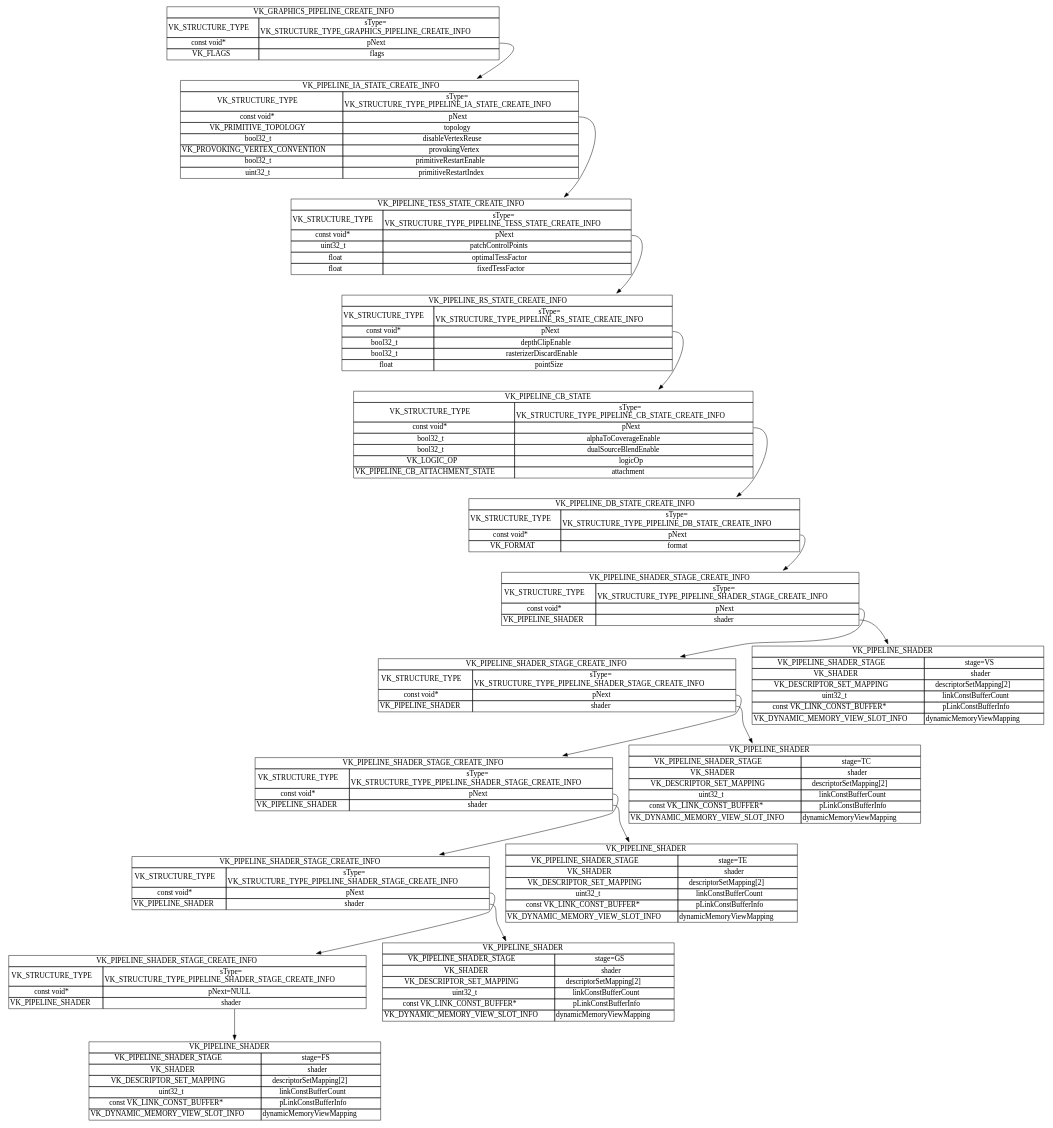
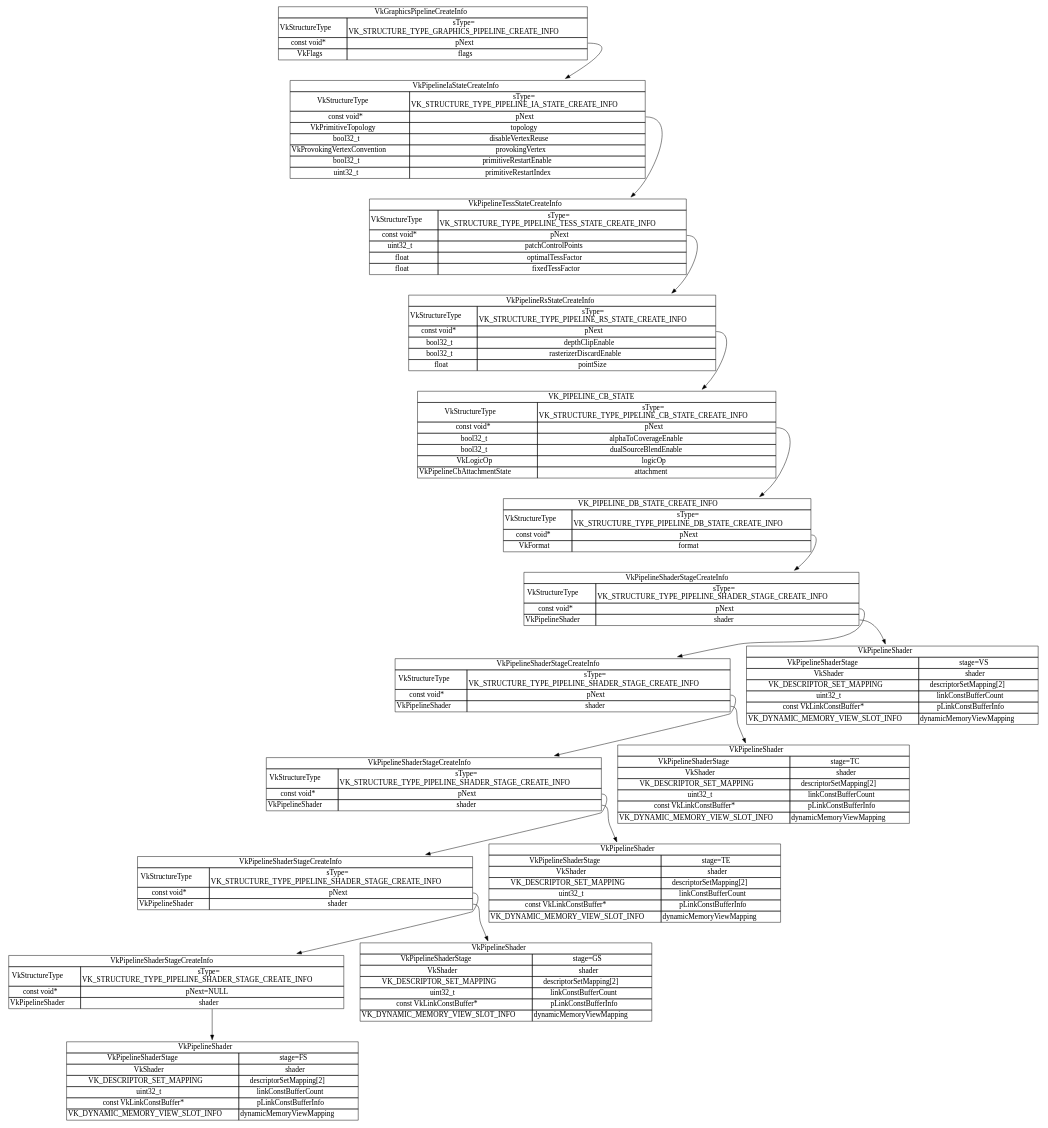
One commit to LunarG/VulkanSamples changed the diagram in docs/vk_graphics_pipeline.dot. Above: the diagram before and after it, drawn with Graphviz. The commit also changed 110 other files, not shown here.

```diff
--- a/docs/vk_graphics_pipeline.dot
+++ b/docs/vk_graphics_pipeline.dot
@@ -8,67 +8,67 @@
 ];
 edge [
 ];
-"_VK_GRAPHICS_PIPELINE_CREATE_INFO" [
-label = <<TABLE BORDER="0" CELLBORDER="1" CELLSPACING="0"> <TR><TD COLSPAN="2" PORT="f0">VK_GRAPHICS_PIPELINE_CREATE_INFO</TD></TR><TR><TD>VK_STRUCTURE_TYPE</TD><TD>sType=<BR/>VK_STRUCTURE_TYPE_GRAPHICS_PIPELINE_CREATE_INFO</TD></TR><TR><TD>const void*</TD><TD PORT="f2">pNext</TD></TR><TR><TD>VK_FLAGS</TD><TD>flags</TD></TR></TABLE>>
+"VkGraphicsPipelineCreateInfo_" [
+label = <<TABLE BORDER="0" CELLBORDER="1" CELLSPACING="0"> <TR><TD COLSPAN="2" PORT="f0">VkGraphicsPipelineCreateInfo</TD></TR><TR><TD>VkStructureType</TD><TD>sType=<BR/>VK_STRUCTURE_TYPE_GRAPHICS_PIPELINE_CREATE_INFO</TD></TR><TR><TD>const void*</TD><TD PORT="f2">pNext</TD></TR><TR><TD>VkFlags</TD><TD>flags</TD></TR></TABLE>>
 ];
-"_VK_PIPELINE_IA_STATE_CREATE_INFO" [
-label = <<TABLE BORDER="0" CELLBORDER="1" CELLSPACING="0"> <TR><TD COLSPAN="2" PORT="f0">VK_PIPELINE_IA_STATE_CREATE_INFO</TD></TR><TR><TD>VK_STRUCTURE_TYPE</TD><TD>sType=<BR/>VK_STRUCTURE_TYPE_PIPELINE_IA_STATE_CREATE_INFO</TD></TR><TR><TD>const void*</TD><TD PORT="f2">pNext</TD></TR><TR><TD>VK_PRIMITIVE_TOPOLOGY</TD><TD>topology</TD></TR><TR><TD>bool32_t</TD><TD>disableVertexReuse</TD></TR><TR><TD>VK_PROVOKING_VERTEX_CONVENTION</TD><TD>provokingVertex</TD></TR><TR><TD>bool32_t</TD><TD>primitiveRestartEnable</TD></TR><TR><TD>uint32_t</TD><TD>primitiveRestartIndex</TD></TR></TABLE>>
+"VkPipelineIaStateCreateInfo_" [
+label = <<TABLE BORDER="0" CELLBORDER="1" CELLSPACING="0"> <TR><TD COLSPAN="2" PORT="f0">VkPipelineIaStateCreateInfo</TD></TR><TR><TD>VkStructureType</TD><TD>sType=<BR/>VK_STRUCTURE_TYPE_PIPELINE_IA_STATE_CREATE_INFO</TD></TR><TR><TD>const void*</TD><TD PORT="f2">pNext</TD></TR><TR><TD>VkPrimitiveTopology</TD><TD>topology</TD></TR><TR><TD>bool32_t</TD><TD>disableVertexReuse</TD></TR><TR><TD>VkProvokingVertexConvention</TD><TD>provokingVertex</TD></TR><TR><TD>bool32_t</TD><TD>primitiveRestartEnable</TD></TR><TR><TD>uint32_t</TD><TD>primitiveRestartIndex</TD></TR></TABLE>>
 ];
-"_VK_PIPELINE_TESS_STATE_CREATE_INFO" [
-label = <<TABLE BORDER="0" CELLBORDER="1" CELLSPACING="0"> <TR><TD COLSPAN="2" PORT="f0">VK_PIPELINE_TESS_STATE_CREATE_INFO</TD></TR><TR><TD>VK_STRUCTURE_TYPE</TD><TD>sType=<BR/>VK_STRUCTURE_TYPE_PIPELINE_TESS_STATE_CREATE_INFO</TD></TR><TR><TD>const void*</TD><TD PORT="f2">pNext</TD></TR><TR><TD>uint32_t</TD><TD>patchControlPoints</TD></TR> <TR><TD>float</TD><TD>optimalTessFactor</TD></TR><TR><TD>float</TD><TD>fixedTessFactor</TD></TR></TABLE>>
+"VkPipelineTessStateCreateInfo_" [
+label = <<TABLE BORDER="0" CELLBORDER="1" CELLSPACING="0"> <TR><TD COLSPAN="2" PORT="f0">VkPipelineTessStateCreateInfo</TD></TR><TR><TD>VkStructureType</TD><TD>sType=<BR/>VK_STRUCTURE_TYPE_PIPELINE_TESS_STATE_CREATE_INFO</TD></TR><TR><TD>const void*</TD><TD PORT="f2">pNext</TD></TR><TR><TD>uint32_t</TD><TD>patchControlPoints</TD></TR> <TR><TD>float</TD><TD>optimalTessFactor</TD></TR><TR><TD>float</TD><TD>fixedTessFactor</TD></TR></TABLE>>
 ];
-"_VK_PIPELINE_RS_STATE_CREATE_INFO" [
-label = <<TABLE BORDER="0" CELLBORDER="1" CELLSPACING="0"> <TR><TD COLSPAN="2" PORT="f0">VK_PIPELINE_RS_STATE_CREATE_INFO</TD></TR><TR><TD>VK_STRUCTURE_TYPE</TD><TD>sType=<BR/>VK_STRUCTURE_TYPE_PIPELINE_RS_STATE_CREATE_INFO</TD></TR> <TR><TD>const void*</TD><TD PORT="f2">pNext</TD></TR> <TR><TD>bool32_t</TD><TD>depthClipEnable</TD></TR> <TR><TD>bool32_t</TD><TD>rasterizerDiscardEnable</TD></TR> <TR><TD>float</TD><TD>pointSize</TD></TR> </TABLE>>
+"VkPipelineRsStateCreateInfo_" [
+label = <<TABLE BORDER="0" CELLBORDER="1" CELLSPACING="0"> <TR><TD COLSPAN="2" PORT="f0">VkPipelineRsStateCreateInfo</TD></TR><TR><TD>VkStructureType</TD><TD>sType=<BR/>VK_STRUCTURE_TYPE_PIPELINE_RS_STATE_CREATE_INFO</TD></TR> <TR><TD>const void*</TD><TD PORT="f2">pNext</TD></TR> <TR><TD>bool32_t</TD><TD>depthClipEnable</TD></TR> <TR><TD>bool32_t</TD><TD>rasterizerDiscardEnable</TD></TR> <TR><TD>float</TD><TD>pointSize</TD></TR> </TABLE>>
 ];
-"_VK_PIPELINE_CB_STATE_CREATE_INFO" [
-label = <<TABLE BORDER="0" CELLBORDER="1" CELLSPACING="0"> <TR><TD COLSPAN="2" PORT="f0">VK_PIPELINE_CB_STATE</TD></TR><TR><TD>VK_STRUCTURE_TYPE</TD><TD>sType=<BR/>VK_STRUCTURE_TYPE_PIPELINE_CB_STATE_CREATE_INFO</TD></TR> <TR><TD>const void*</TD><TD PORT="f2">pNext</TD></TR> <TR><TD>bool32_t</TD><TD>alphaToCoverageEnable</TD></TR> <TR><TD>bool32_t</TD><TD>dualSourceBlendEnable</TD></TR> <TR><TD>VK_LOGIC_OP</TD><TD>logicOp</TD></TR> <TR><TD>VK_PIPELINE_CB_ATTACHMENT_STATE</TD><TD>attachment</TD></TR> </TABLE>>
+"VkPipelineCbStateCreateInfo_" [
+label = <<TABLE BORDER="0" CELLBORDER="1" CELLSPACING="0"> <TR><TD COLSPAN="2" PORT="f0">VK_PIPELINE_CB_STATE</TD></TR><TR><TD>VkStructureType</TD><TD>sType=<BR/>VK_STRUCTURE_TYPE_PIPELINE_CB_STATE_CREATE_INFO</TD></TR> <TR><TD>const void*</TD><TD PORT="f2">pNext</TD></TR> <TR><TD>bool32_t</TD><TD>alphaToCoverageEnable</TD></TR> <TR><TD>bool32_t</TD><TD>dualSourceBlendEnable</TD></TR> <TR><TD>VkLogicOp</TD><TD>logicOp</TD></TR> <TR><TD>VkPipelineCbAttachmentState</TD><TD>attachment</TD></TR> </TABLE>>
 ];
 "_VK_PIPELINE_DB_STATE_CREATE_INFO" [
-label = <<TABLE BORDER="0" CELLBORDER="1" CELLSPACING="0"> <TR><TD COLSPAN="2" PORT="f0">VK_PIPELINE_DB_STATE_CREATE_INFO</TD></TR><TR><TD>VK_STRUCTURE_TYPE</TD><TD>sType=<BR/>VK_STRUCTURE_TYPE_PIPELINE_DB_STATE_CREATE_INFO</TD></TR> <TR><TD>const void*</TD><TD PORT="f2">pNext</TD></TR> <TR><TD>VK_FORMAT</TD><TD>format</TD></TR> </TABLE>>
+label = <<TABLE BORDER="0" CELLBORDER="1" CELLSPACING="0"> <TR><TD COLSPAN="2" PORT="f0">VK_PIPELINE_DB_STATE_CREATE_INFO</TD></TR><TR><TD>VkStructureType</TD><TD>sType=<BR/>VK_STRUCTURE_TYPE_PIPELINE_DB_STATE_CREATE_INFO</TD></TR> <TR><TD>const void*</TD><TD PORT="f2">pNext</TD></TR> <TR><TD>VkFormat</TD><TD>format</TD></TR> </TABLE>>
 ];
 "VS_VK_PIPELINE_SHADER_STAGE_CREATE_INFO" [
-label = <<TABLE BORDER="0" CELLBORDER="1" CELLSPACING="0"> <TR><TD COLSPAN="2" PORT="f0">VK_PIPELINE_SHADER_STAGE_CREATE_INFO</TD></TR><TR><TD>VK_STRUCTURE_TYPE</TD><TD>sType=<BR/>VK_STRUCTURE_TYPE_PIPELINE_SHADER_STAGE_CREATE_INFO</TD></TR> <TR><TD>const void*</TD><TD PORT="f2">pNext</TD></TR> <TR><TD>VK_PIPELINE_SHADER</TD><TD PORT="f4">shader</TD></TR> </TABLE>>
+label = <<TABLE BORDER="0" CELLBORDER="1" CELLSPACING="0"> <TR><TD COLSPAN="2" PORT="f0">VkPipelineShaderStageCreateInfo</TD></TR><TR><TD>VkStructureType</TD><TD>sType=<BR/>VK_STRUCTURE_TYPE_PIPELINE_SHADER_STAGE_CREATE_INFO</TD></TR> <TR><TD>const void*</TD><TD PORT="f2">pNext</TD></TR> <TR><TD>VkPipelineShader</TD><TD PORT="f4">shader</TD></TR> </TABLE>>
 ];
 "TC_VK_PIPELINE_SHADER_STAGE_CREATE_INFO" [
-label = <<TABLE BORDER="0" CELLBORDER="1" CELLSPACING="0"> <TR><TD COLSPAN="2" PORT="f0">VK_PIPELINE_SHADER_STAGE_CREATE_INFO</TD></TR><TR><TD>VK_STRUCTURE_TYPE</TD><TD>sType=<BR/>VK_STRUCTURE_TYPE_PIPELINE_SHADER_STAGE_CREATE_INFO</TD></TR> <TR><TD>const void*</TD><TD PORT="f2">pNext</TD></TR> <TR><TD>VK_PIPELINE_SHADER</TD><TD PORT="f4">shader</TD></TR> </TABLE>>
+label = <<TABLE BORDER="0" CELLBORDER="1" CELLSPACING="0"> <TR><TD COLSPAN="2" PORT="f0">VkPipelineShaderStageCreateInfo</TD></TR><TR><TD>VkStructureType</TD><TD>sType=<BR/>VK_STRUCTURE_TYPE_PIPELINE_SHADER_STAGE_CREATE_INFO</TD></TR> <TR><TD>const void*</TD><TD PORT="f2">pNext</TD></TR> <TR><TD>VkPipelineShader</TD><TD PORT="f4">shader</TD></TR> </TABLE>>
 ];
 "TE_VK_PIPELINE_SHADER_STAGE_CREATE_INFO" [
-label = <<TABLE BORDER="0" CELLBORDER="1" CELLSPACING="0"> <TR><TD COLSPAN="2" PORT="f0">VK_PIPELINE_SHADER_STAGE_CREATE_INFO</TD></TR><TR><TD>VK_STRUCTURE_TYPE</TD><TD>sType=<BR/>VK_STRUCTURE_TYPE_PIPELINE_SHADER_STAGE_CREATE_INFO</TD></TR> <TR><TD>const void*</TD><TD PORT="f2">pNext</TD></TR> <TR><TD>VK_PIPELINE_SHADER</TD><TD PORT="f4">shader</TD></TR> </TABLE>>
+label = <<TABLE BORDER="0" CELLBORDER="1" CELLSPACING="0"> <TR><TD COLSPAN="2" PORT="f0">VkPipelineShaderStageCreateInfo</TD></TR><TR><TD>VkStructureType</TD><TD>sType=<BR/>VK_STRUCTURE_TYPE_PIPELINE_SHADER_STAGE_CREATE_INFO</TD></TR> <TR><TD>const void*</TD><TD PORT="f2">pNext</TD></TR> <TR><TD>VkPipelineShader</TD><TD PORT="f4">shader</TD></TR> </TABLE>>
 ];
 "GS_VK_PIPELINE_SHADER_STAGE_CREATE_INFO" [
-label = <<TABLE BORDER="0" CELLBORDER="1" CELLSPACING="0"> <TR><TD COLSPAN="2" PORT="f0">VK_PIPELINE_SHADER_STAGE_CREATE_INFO</TD></TR><TR><TD>VK_STRUCTURE_TYPE</TD><TD>sType=<BR/>VK_STRUCTURE_TYPE_PIPELINE_SHADER_STAGE_CREATE_INFO</TD></TR> <TR><TD>const void*</TD><TD PORT="f2">pNext</TD></TR> <TR><TD>VK_PIPELINE_SHADER</TD><TD PORT="f4">shader</TD></TR> </TABLE>>
+label = <<TABLE BORDER="0" CELLBORDER="1" CELLSPACING="0"> <TR><TD COLSPAN="2" PORT="f0">VkPipelineShaderStageCreateInfo</TD></TR><TR><TD>VkStructureType</TD><TD>sType=<BR/>VK_STRUCTURE_TYPE_PIPELINE_SHADER_STAGE_CREATE_INFO</TD></TR> <TR><TD>const void*</TD><TD PORT="f2">pNext</TD></TR> <TR><TD>VkPipelineShader</TD><TD PORT="f4">shader</TD></TR> </TABLE>>
 ];
 "FS_VK_PIPELINE_SHADER_STAGE_CREATE_INFO" [
-label = <<TABLE BORDER="0" CELLBORDER="1" CELLSPACING="0"> <TR><TD COLSPAN="2" PORT="f0">VK_PIPELINE_SHADER_STAGE_CREATE_INFO</TD></TR><TR><TD>VK_STRUCTURE_TYPE</TD><TD>sType=<BR/>VK_STRUCTURE_TYPE_PIPELINE_SHADER_STAGE_CREATE_INFO</TD></TR> <TR><TD>const void*</TD><TD PORT="f2">pNext=NULL</TD></TR> <TR><TD>VK_PIPELINE_SHADER</TD><TD PORT="f4">shader</TD></TR> </TABLE>>
+label = <<TABLE BORDER="0" CELLBORDER="1" CELLSPACING="0"> <TR><TD COLSPAN="2" PORT="f0">VkPipelineShaderStageCreateInfo</TD></TR><TR><TD>VkStructureType</TD><TD>sType=<BR/>VK_STRUCTURE_TYPE_PIPELINE_SHADER_STAGE_CREATE_INFO</TD></TR> <TR><TD>const void*</TD><TD PORT="f2">pNext=NULL</TD></TR> <TR><TD>VkPipelineShader</TD><TD PORT="f4">shader</TD></TR> </TABLE>>
 ];
 "VS_VK_PIPELINE_SHADER" [
-label = <<TABLE BORDER="0" CELLBORDER="1" CELLSPACING="0"> <TR><TD COLSPAN="2" PORT="f0">VK_PIPELINE_SHADER</TD></TR><TR><TD PORT="f1">VK_PIPELINE_SHADER_STAGE</TD><TD PORT="f2">stage=VS</TD></TR><TR><TD PORT="f3">VK_SHADER</TD><TD PORT="f4">shader</TD></TR><TR><TD PORT="f5">VK_DESCRIPTOR_SET_MAPPING</TD><TD PORT="f6">descriptorSetMapping[2]</TD></TR><TR><TD PORT="f7">uint32_t</TD><TD PORT="f8">linkConstBufferCount</TD></TR><TR><TD PORT="f9">const VK_LINK_CONST_BUFFER*</TD><TD PORT="f10">pLinkConstBufferInfo</TD></TR><TR><TD PORT="f11">VK_DYNAMIC_MEMORY_VIEW_SLOT_INFO</TD><TD PORT="f12">dynamicMemoryViewMapping</TD></TR></TABLE>>
+label = <<TABLE BORDER="0" CELLBORDER="1" CELLSPACING="0"> <TR><TD COLSPAN="2" PORT="f0">VkPipelineShader</TD></TR><TR><TD PORT="f1">VkPipelineShaderStage</TD><TD PORT="f2">stage=VS</TD></TR><TR><TD PORT="f3">VkShader</TD><TD PORT="f4">shader</TD></TR><TR><TD PORT="f5">VK_DESCRIPTOR_SET_MAPPING</TD><TD PORT="f6">descriptorSetMapping[2]</TD></TR><TR><TD PORT="f7">uint32_t</TD><TD PORT="f8">linkConstBufferCount</TD></TR><TR><TD PORT="f9">const VkLinkConstBuffer*</TD><TD PORT="f10">pLinkConstBufferInfo</TD></TR><TR><TD PORT="f11">VK_DYNAMIC_MEMORY_VIEW_SLOT_INFO</TD><TD PORT="f12">dynamicMemoryViewMapping</TD></TR></TABLE>>
 ];
 "TC_VK_PIPELINE_SHADER" [
-label = <<TABLE BORDER="0" CELLBORDER="1" CELLSPACING="0"> <TR><TD COLSPAN="2" PORT="f0">VK_PIPELINE_SHADER</TD></TR><TR><TD PORT="f1">VK_PIPELINE_SHADER_STAGE</TD><TD PORT="f2">stage=TC</TD></TR><TR><TD PORT="f3">VK_SHADER</TD><TD PORT="f4">shader</TD></TR><TR><TD PORT="f5">VK_DESCRIPTOR_SET_MAPPING</TD><TD PORT="f6">descriptorSetMapping[2]</TD></TR><TR><TD PORT="f7">uint32_t</TD><TD PORT="f8">linkConstBufferCount</TD></TR><TR><TD PORT="f9">const VK_LINK_CONST_BUFFER*</TD><TD PORT="f10">pLinkConstBufferInfo</TD></TR><TR><TD PORT="f11">VK_DYNAMIC_MEMORY_VIEW_SLOT_INFO</TD><TD PORT="f12">dynamicMemoryViewMapping</TD></TR></TABLE>>
+label = <<TABLE BORDER="0" CELLBORDER="1" CELLSPACING="0"> <TR><TD COLSPAN="2" PORT="f0">VkPipelineShader</TD></TR><TR><TD PORT="f1">VkPipelineShaderStage</TD><TD PORT="f2">stage=TC</TD></TR><TR><TD PORT="f3">VkShader</TD><TD PORT="f4">shader</TD></TR><TR><TD PORT="f5">VK_DESCRIPTOR_SET_MAPPING</TD><TD PORT="f6">descriptorSetMapping[2]</TD></TR><TR><TD PORT="f7">uint32_t</TD><TD PORT="f8">linkConstBufferCount</TD></TR><TR><TD PORT="f9">const VkLinkConstBuffer*</TD><TD PORT="f10">pLinkConstBufferInfo</TD></TR><TR><TD PORT="f11">VK_DYNAMIC_MEMORY_VIEW_SLOT_INFO</TD><TD PORT="f12">dynamicMemoryViewMapping</TD></TR></TABLE>>
 ];
 "TE_VK_PIPELINE_SHADER" [
-label = <<TABLE BORDER="0" CELLBORDER="1" CELLSPACING="0"> <TR><TD COLSPAN="2" PORT="f0">VK_PIPELINE_SHADER</TD></TR><TR><TD PORT="f1">VK_PIPELINE_SHADER_STAGE</TD><TD PORT="f2">stage=TE</TD></TR><TR><TD PORT="f3">VK_SHADER</TD><TD PORT="f4">shader</TD></TR><TR><TD PORT="f5">VK_DESCRIPTOR_SET_MAPPING</TD><TD PORT="f6">descriptorSetMapping[2]</TD></TR><TR><TD PORT="f7">uint32_t</TD><TD PORT="f8">linkConstBufferCount</TD></TR><TR><TD PORT="f9">const VK_LINK_CONST_BUFFER*</TD><TD PORT="f10">pLinkConstBufferInfo</TD></TR><TR><TD PORT="f11">VK_DYNAMIC_MEMORY_VIEW_SLOT_INFO</TD><TD PORT="f12">dynamicMemoryViewMapping</TD></TR></TABLE>>
+label = <<TABLE BORDER="0" CELLBORDER="1" CELLSPACING="0"> <TR><TD COLSPAN="2" PORT="f0">VkPipelineShader</TD></TR><TR><TD PORT="f1">VkPipelineShaderStage</TD><TD PORT="f2">stage=TE</TD></TR><TR><TD PORT="f3">VkShader</TD><TD PORT="f4">shader</TD></TR><TR><TD PORT="f5">VK_DESCRIPTOR_SET_MAPPING</TD><TD PORT="f6">descriptorSetMapping[2]</TD></TR><TR><TD PORT="f7">uint32_t</TD><TD PORT="f8">linkConstBufferCount</TD></TR><TR><TD PORT="f9">const VkLinkConstBuffer*</TD><TD PORT="f10">pLinkConstBufferInfo</TD></TR><TR><TD PORT="f11">VK_DYNAMIC_MEMORY_VIEW_SLOT_INFO</TD><TD PORT="f12">dynamicMemoryViewMapping</TD></TR></TABLE>>
 ];
 "GS_VK_PIPELINE_SHADER" [
-label = <<TABLE BORDER="0" CELLBORDER="1" CELLSPACING="0"> <TR><TD COLSPAN="2" PORT="f0">VK_PIPELINE_SHADER</TD></TR><TR><TD PORT="f1">VK_PIPELINE_SHADER_STAGE</TD><TD PORT="f2">stage=GS</TD></TR><TR><TD PORT="f3">VK_SHADER</TD><TD PORT="f4">shader</TD></TR><TR><TD PORT="f5">VK_DESCRIPTOR_SET_MAPPING</TD><TD PORT="f6">descriptorSetMapping[2]</TD></TR><TR><TD PORT="f7">uint32_t</TD><TD PORT="f8">linkConstBufferCount</TD></TR><TR><TD PORT="f9">const VK_LINK_CONST_BUFFER*</TD><TD PORT="f10">pLinkConstBufferInfo</TD></TR><TR><TD PORT="f11">VK_DYNAMIC_MEMORY_VIEW_SLOT_INFO</TD><TD PORT="f12">dynamicMemoryViewMapping</TD></TR></TABLE>>
+label = <<TABLE BORDER="0" CELLBORDER="1" CELLSPACING="0"> <TR><TD COLSPAN="2" PORT="f0">VkPipelineShader</TD></TR><TR><TD PORT="f1">VkPipelineShaderStage</TD><TD PORT="f2">stage=GS</TD></TR><TR><TD PORT="f3">VkShader</TD><TD PORT="f4">shader</TD></TR><TR><TD PORT="f5">VK_DESCRIPTOR_SET_MAPPING</TD><TD PORT="f6">descriptorSetMapping[2]</TD></TR><TR><TD PORT="f7">uint32_t</TD><TD PORT="f8">linkConstBufferCount</TD></TR><TR><TD PORT="f9">const VkLinkConstBuffer*</TD><TD PORT="f10">pLinkConstBufferInfo</TD></TR><TR><TD PORT="f11">VK_DYNAMIC_MEMORY_VIEW_SLOT_INFO</TD><TD PORT="f12">dynamicMemoryViewMapping</TD></TR></TABLE>>
 ];
 "FS_VK_PIPELINE_SHADER" [
-label = <<TABLE BORDER="0" CELLBORDER="1" CELLSPACING="0"> <TR><TD COLSPAN="2" PORT="f0">VK_PIPELINE_SHADER</TD></TR><TR><TD PORT="f1">VK_PIPELINE_SHADER_STAGE</TD><TD PORT="f2">stage=FS</TD></TR><TR><TD PORT="f3">VK_SHADER</TD><TD PORT="f4">shader</TD></TR><TR><TD PORT="f5">VK_DESCRIPTOR_SET_MAPPING</TD><TD PORT="f6">descriptorSetMapping[2]</TD></TR><TR><TD PORT="f7">uint32_t</TD><TD PORT="f8">linkConstBufferCount</TD></TR><TR><TD PORT="f9">const VK_LINK_CONST_BUFFER*</TD><TD PORT="f10">pLinkConstBufferInfo</TD></TR><TR><TD PORT="f11">VK_DYNAMIC_MEMORY_VIEW_SLOT_INFO</TD><TD PORT="f12">dynamicMemoryViewMapping</TD></TR></TABLE>>
+label = <<TABLE BORDER="0" CELLBORDER="1" CELLSPACING="0"> <TR><TD COLSPAN="2" PORT="f0">VkPipelineShader</TD></TR><TR><TD PORT="f1">VkPipelineShaderStage</TD><TD PORT="f2">stage=FS</TD></TR><TR><TD PORT="f3">VkShader</TD><TD PORT="f4">shader</TD></TR><TR><TD PORT="f5">VK_DESCRIPTOR_SET_MAPPING</TD><TD PORT="f6">descriptorSetMapping[2]</TD></TR><TR><TD PORT="f7">uint32_t</TD><TD PORT="f8">linkConstBufferCount</TD></TR><TR><TD PORT="f9">const VkLinkConstBuffer*</TD><TD PORT="f10">pLinkConstBufferInfo</TD></TR><TR><TD PORT="f11">VK_DYNAMIC_MEMORY_VIEW_SLOT_INFO</TD><TD PORT="f12">dynamicMemoryViewMapping</TD></TR></TABLE>>
 ];
-"_VK_GRAPHICS_PIPELINE_CREATE_INFO":f2 -> "_VK_PIPELINE_IA_STATE_CREATE_INFO" [
+"VkGraphicsPipelineCreateInfo_":f2 -> "VkPipelineIaStateCreateInfo_" [
 id = 0
 ];
-"_VK_PIPELINE_IA_STATE_CREATE_INFO":f2 -> "_VK_PIPELINE_TESS_STATE_CREATE_INFO" [
+"VkPipelineIaStateCreateInfo_":f2 -> "VkPipelineTessStateCreateInfo_" [
 id = 1
 ];
-"_VK_PIPELINE_TESS_STATE_CREATE_INFO":f2 -> "_VK_PIPELINE_RS_STATE_CREATE_INFO" [
+"VkPipelineTessStateCreateInfo_":f2 -> "VkPipelineRsStateCreateInfo_" [
 id = 2
 ];
-"_VK_PIPELINE_RS_STATE_CREATE_INFO":f2 -> "_VK_PIPELINE_CB_STATE_CREATE_INFO" [
+"VkPipelineRsStateCreateInfo_":f2 -> "VkPipelineCbStateCreateInfo_" [
 id = 3
 ];
-"_VK_PIPELINE_CB_STATE_CREATE_INFO":f2 -> "_VK_PIPELINE_DB_STATE_CREATE_INFO" [
+"VkPipelineCbStateCreateInfo_":f2 -> "_VK_PIPELINE_DB_STATE_CREATE_INFO" [
 id = 4
 ];
 "_VK_PIPELINE_DB_STATE_CREATE_INFO":f2 -> "VS_VK_PIPELINE_SHADER_STAGE_CREATE_INFO" [
```
